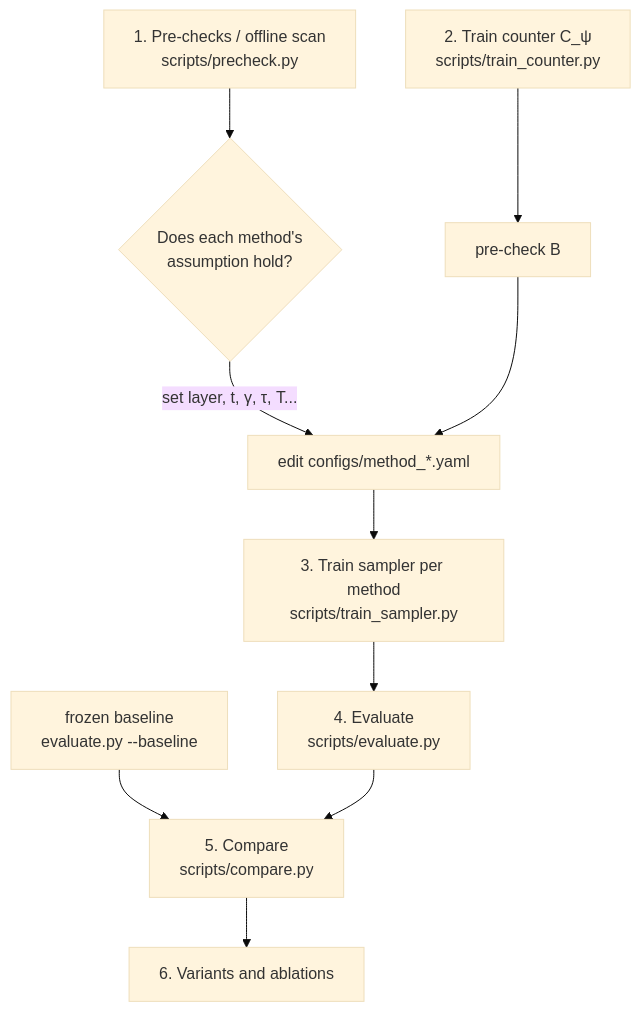
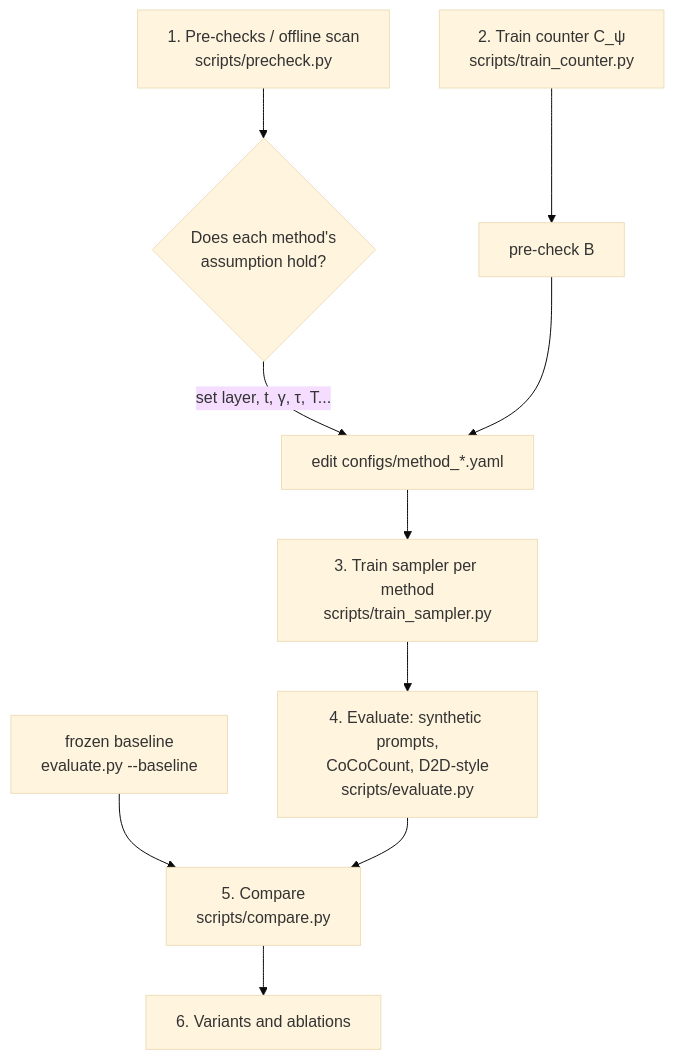
Before and after one commit to Atakan-Kaya35/DiffusionCount: the diagram in docs/workflow.md, drawn with Mermaid (base theme). The commit also changed other lines of this file and 10 other files, not shown here.

````diff
--- a/docs/workflow.md
+++ b/docs/workflow.md
@@ -6,12 +6,12 @@
 ```mermaid
 flowchart TD
     P["1. Pre-checks / offline scan<br/>scripts/precheck.py"] --> D{"Does each method's<br/>assumption hold?"}
     D -->|"set layer, t, γ, τ, T..."| CFG["edit configs/method_*.yaml"]
     CT["2. Train counter C_ψ<br/>scripts/train_counter.py"] --> PB["pre-check B"]
     PB --> CFG
     CFG --> T["3. Train sampler per method<br/>scripts/train_sampler.py"]
-    T --> E["4. Evaluate<br/>scripts/evaluate.py"]
+    T --> E["4. Evaluate: synthetic prompts,<br/>CoCoCount, D2D-style<br/>scripts/evaluate.py"]
     BL["frozen baseline<br/>evaluate.py --baseline"] --> C["5. Compare<br/>scripts/compare.py"]
     E --> C
     C --> V["6. Variants and ablations"]
 ```
````
